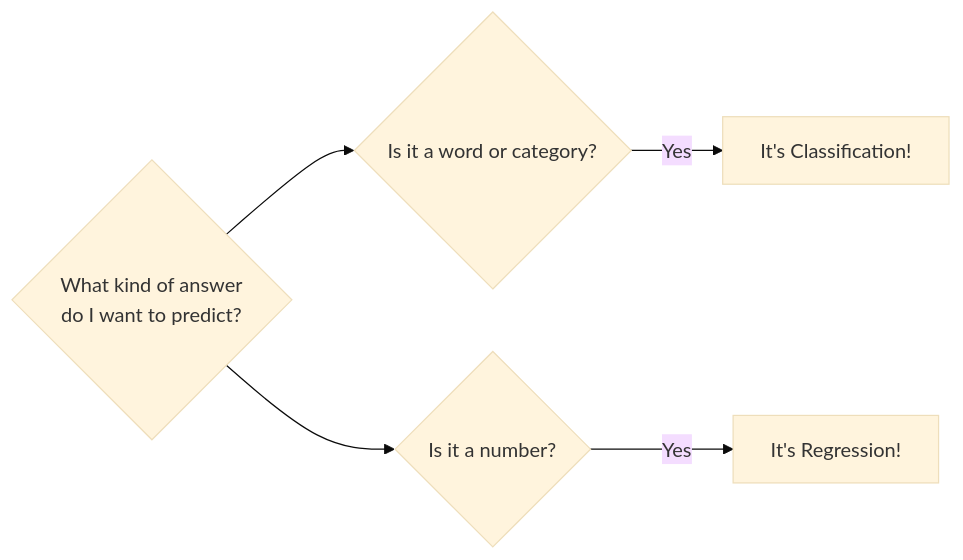
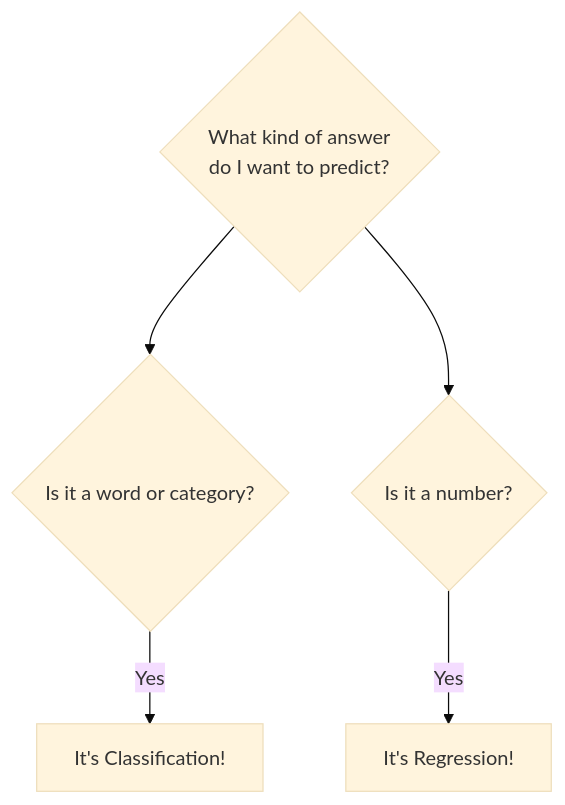
The second of 2 diagrams in docs/lessons/lesson3.md (trinhdoduyhungss/simplestlearn.github.io), drawn with Mermaid (base theme) before and after one commit. The commit also changed other lines of this file and 18 other files, not shown here.

````diff
--- a/docs/lessons/lesson3.md
+++ b/docs/lessons/lesson3.md
@@ -76,7 +79,7 @@
 ```mermaid
-graph LR
+graph TD
     A{What kind of answer <br> do I want to predict?} --> B{Is it a word or category?};
     A --> C{Is it a number?};
     B -- Yes --> D[It's Classification!];
     C -- Yes --> E[It's Regression!];
 ```
````
